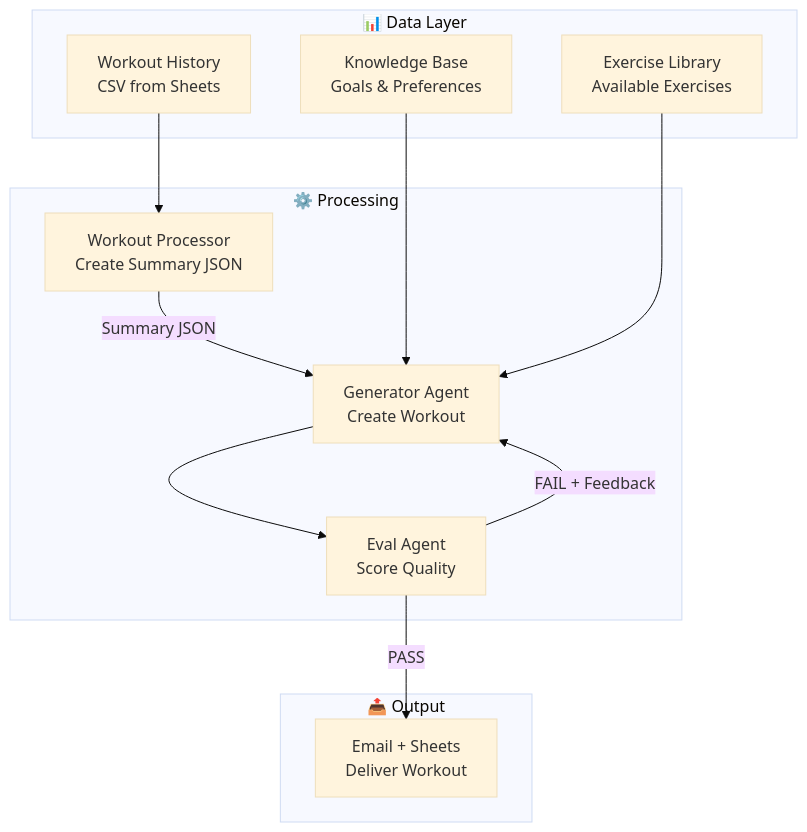
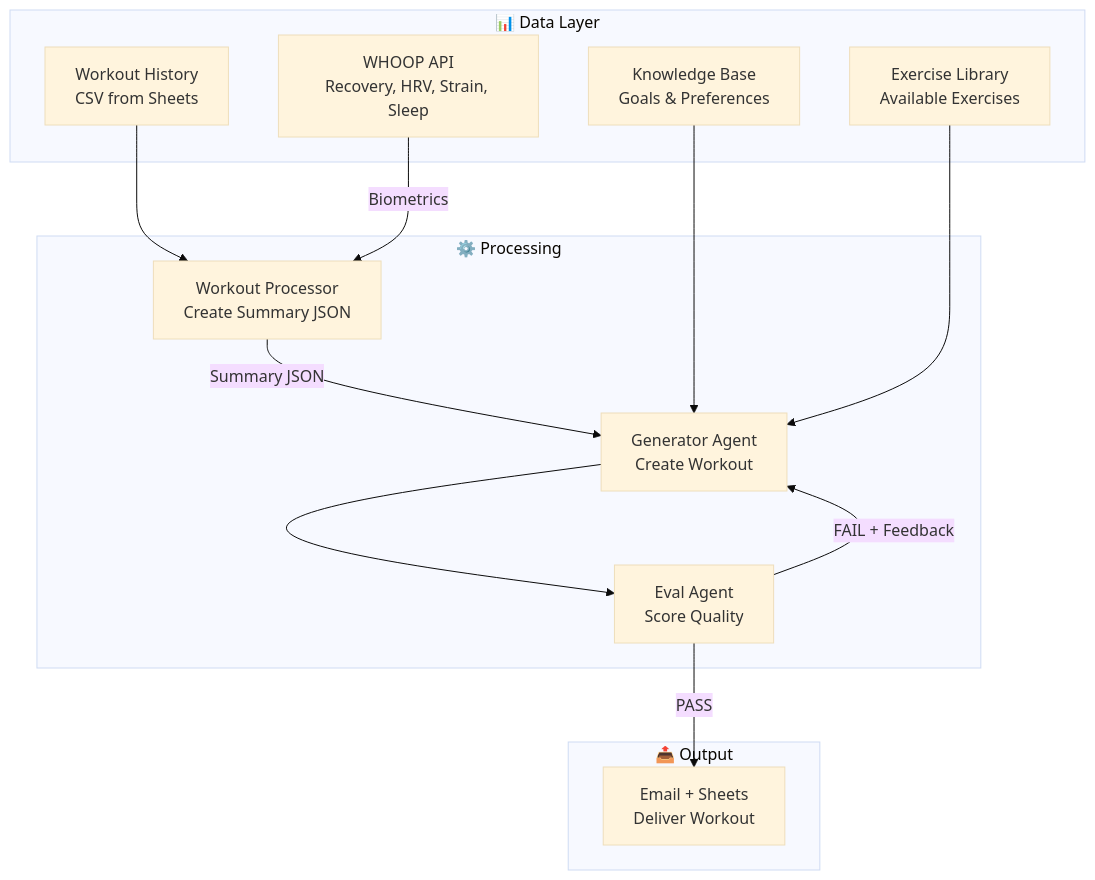
Before and after one commit to veritas6161/fitness-agent-rr-opensource: the diagram in README.md, drawn with Mermaid (base theme). The commit also changed other lines of this file, not shown here.

Commit message:
Clarify WHOOP Developer API integration (OAuth2, real-time data) + update architecture diagram

````diff
--- a/README.md
+++ b/README.md
@@ -68,26 +68,28 @@
 ```mermaid
 graph TB
     subgraph "📊 Data Layer"
         A[Knowledge Base<br/>Goals & Preferences]
         B[Workout History<br/>CSV from Sheets]
         C[Exercise Library<br/>Available Exercises]
+        H[WHOOP API<br/>Recovery, HRV, Strain, Sleep]
     end
     
     subgraph "⚙️ Processing"
         D[Workout Processor<br/>Create Summary JSON]
         E[Generator Agent<br/>Create Workout]
         F[Eval Agent<br/>Score Quality]
     end
     
     subgraph "📤 Output"
         G[Email + Sheets<br/>Deliver Workout]
     end
     
     B --> D
+    H -->|Biometrics| D
     D -->|Summary JSON| E
     A --> E
     C --> E
     E --> F
     F -->|PASS| G
     F -->|FAIL + Feedback| E
 ```
````
